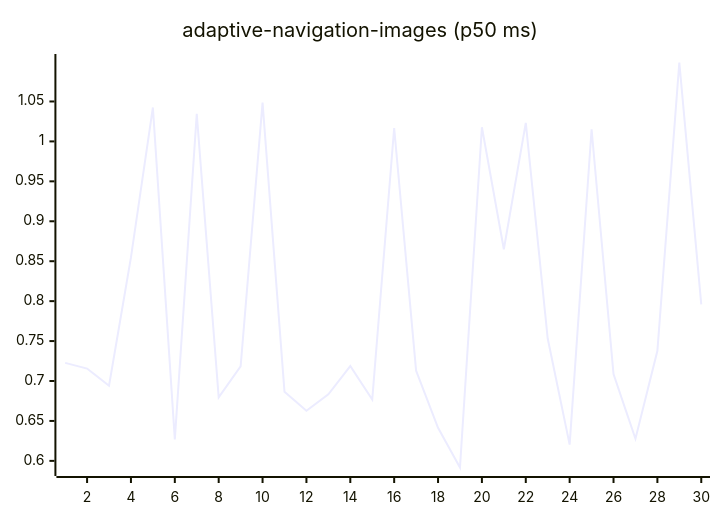
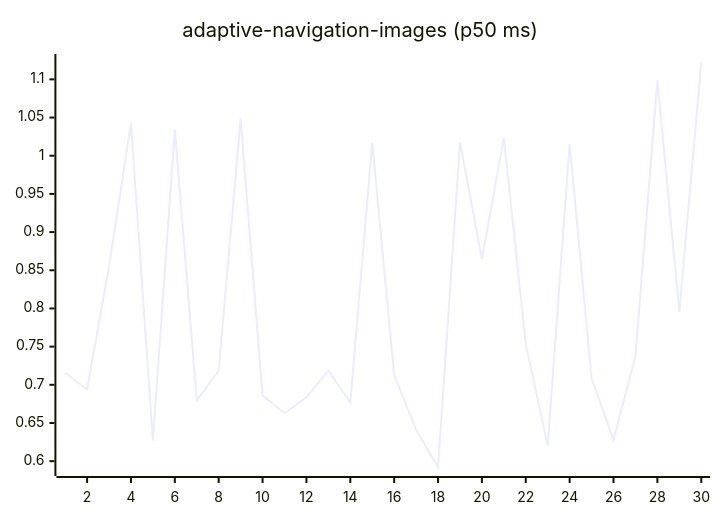
The first of 27 diagrams in README.md (josha/Facet), drawn with Mermaid before and after one commit. The commit also changed other lines of this file and 2 other files, not shown here.

````diff
--- a/README.md
+++ b/README.md
@@ -63,6 +63,6 @@
 ```mermaid
 xychart-beta
     title "adaptive-navigation-images (p50 ms)"
     x-axis 1 --> 30
-    line [0.7227, 0.7156, 0.6941, 0.8547, 1.0425, 0.6269, 1.0344, 0.6795, 0.7184, 1.0485, 0.6864, 0.6628, 0.6834, 0.7187, 0.6768, 1.0168, 0.7129, 0.6414, 0.5917, 1.0177, 0.8650, 1.0232, 0.7532, 0.6203, 1.0152, 0.7086, 0.6277, 0.7378, 1.0988, 0.7959]
+    line [0.7156, 0.6941, 0.8547, 1.0425, 0.6269, 1.0344, 0.6795, 0.7184, 1.0485, 0.6864, 0.6628, 0.6834, 0.7187, 0.6768, 1.0168, 0.7129, 0.6414, 0.5917, 1.0177, 0.8650, 1.0232, 0.7532, 0.6203, 1.0152, 0.7086, 0.6277, 0.7378, 1.0988, 0.7959, 1.1221]
 ```
````
